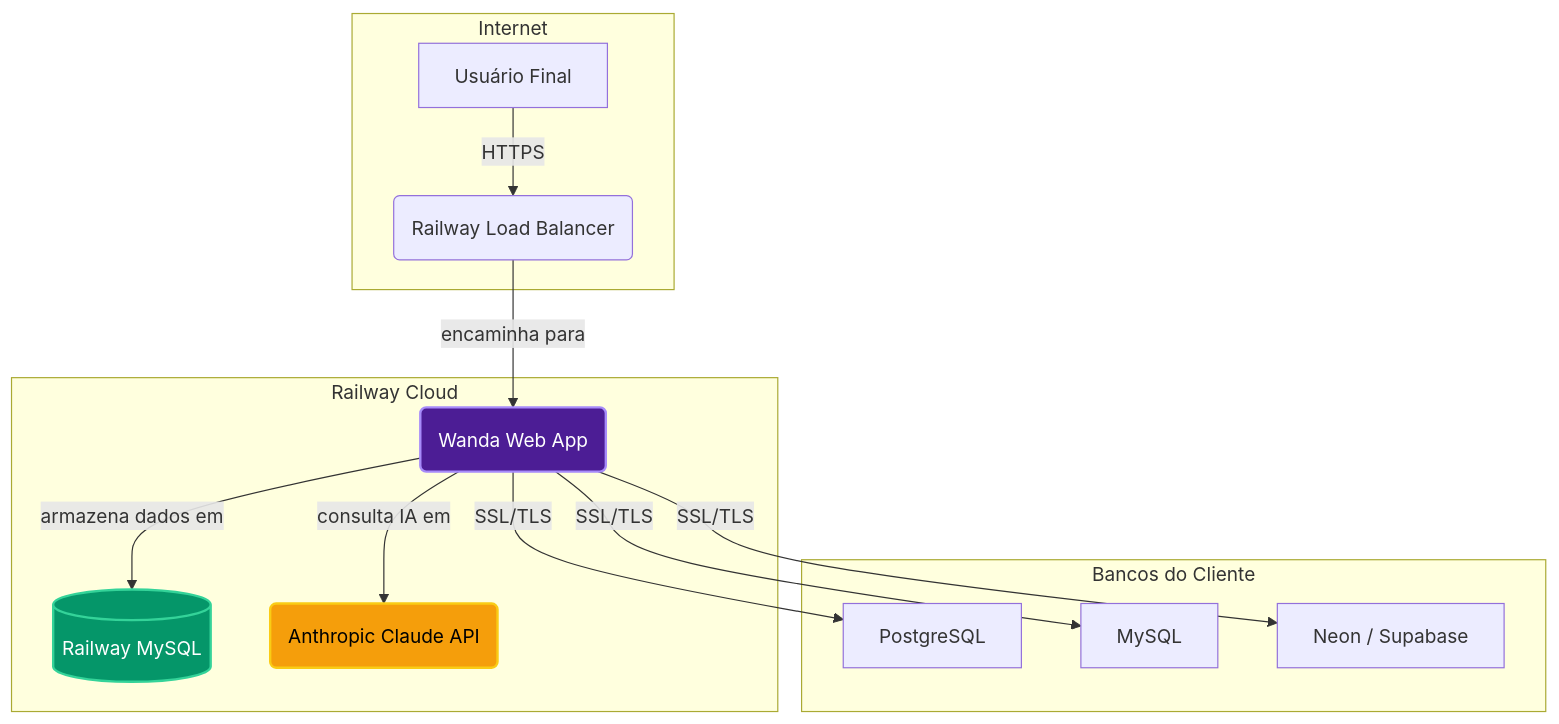
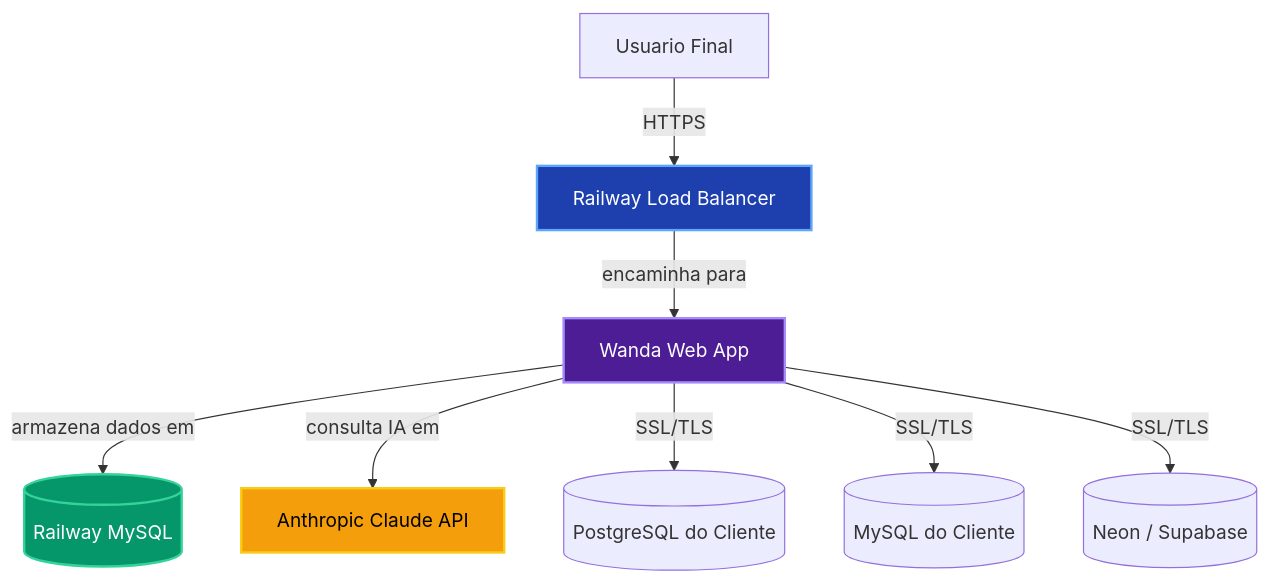
The first of 2 diagrams in ARQUITETURA_WANDA.md (Lsadagurschi/Wanda), drawn with Mermaid before and after one commit. The commit also changed other lines of this file and 1 other file, not shown here.

First line of the commit message:
fix: corrige diagramas Mermaid (remove parenteses em subgraph labels)

````diff
--- a/ARQUITETURA_WANDA.md
+++ b/ARQUITETURA_WANDA.md
@@ -14,26 +14,15 @@
 ```mermaid
 graph TD
-    subgraph Internet
-        U[Usuário Final] -- HTTPS --> LB(Railway Load Balancer);
-    end
-
-    subgraph Railway Cloud
-        LB -- encaminha para --> App(Wanda Web App);
-        App -- armazena dados em --> DB[(Railway MySQL)];
-        App -- consulta IA em --> Claude(Anthropic Claude API);
-    end
-
-    subgraph Bancos do Cliente
-        DB1[PostgreSQL];
-        DB2[MySQL];
-        DB3[Neon / Supabase];
-    end
-
-    App -- SSL/TLS --> DB1;
-    App -- SSL/TLS --> DB2;
-    App -- SSL/TLS --> DB3;
+    U[Usuario Final] -- HTTPS --> LB[Railway Load Balancer]
+    LB -- encaminha para --> App[Wanda Web App]
+    App -- armazena dados em --> DB[(Railway MySQL)]
+    App -- consulta IA em --> Claude[Anthropic Claude API]
+    App -- SSL/TLS --> DB1[(PostgreSQL do Cliente)]
+    App -- SSL/TLS --> DB2[(MySQL do Cliente)]
+    App -- SSL/TLS --> DB3[(Neon / Supabase)]
 
     style App fill:#4c1d95,stroke:#a78bfa,stroke-width:2px,color:#fff
     style DB fill:#059669,stroke:#34d399,stroke-width:2px,color:#fff
     style Claude fill:#f59e0b,stroke:#facc15,stroke-width:2px,color:#000
+    style LB fill:#1e40af,stroke:#60a5fa,stroke-width:2px,color:#fff
 ```
````
